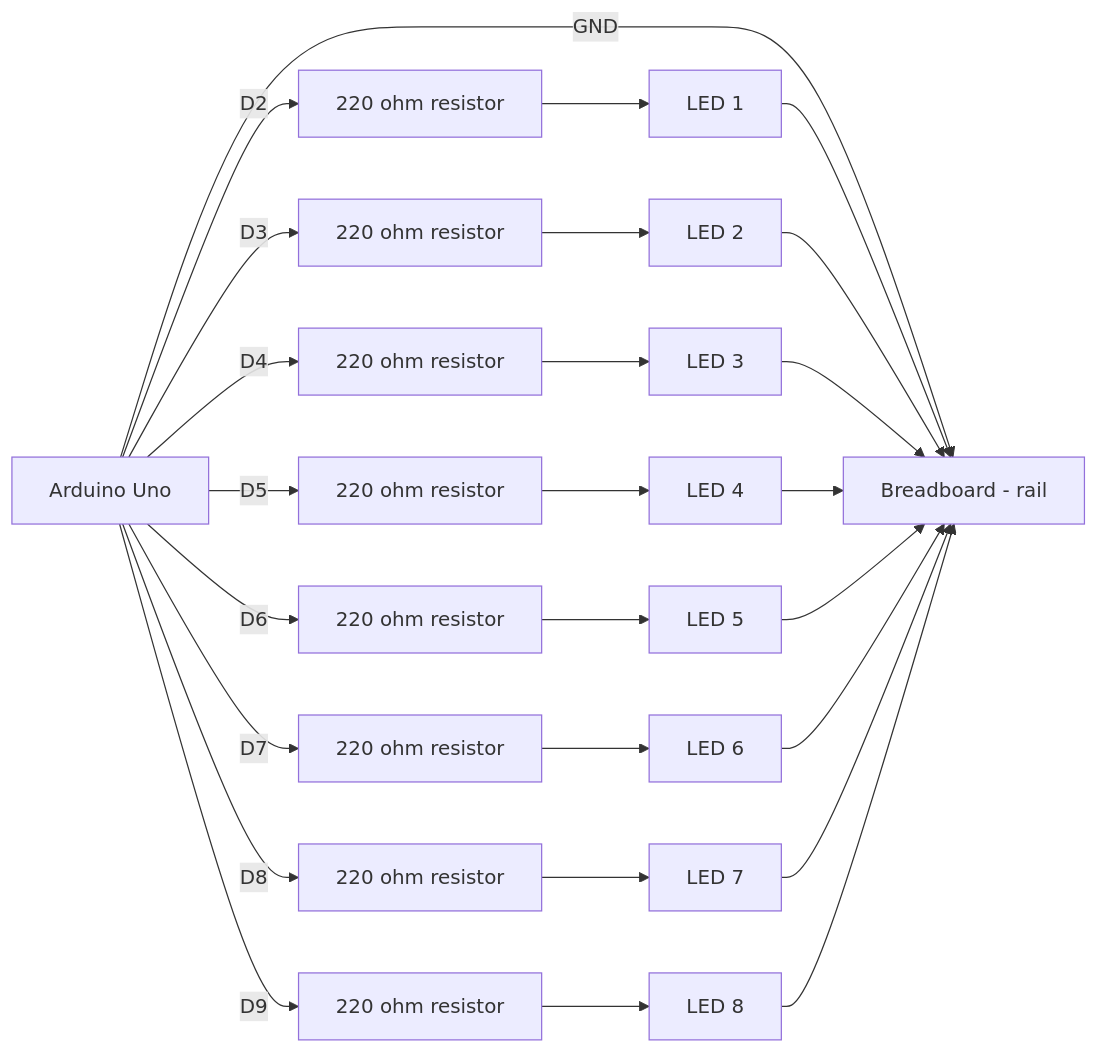
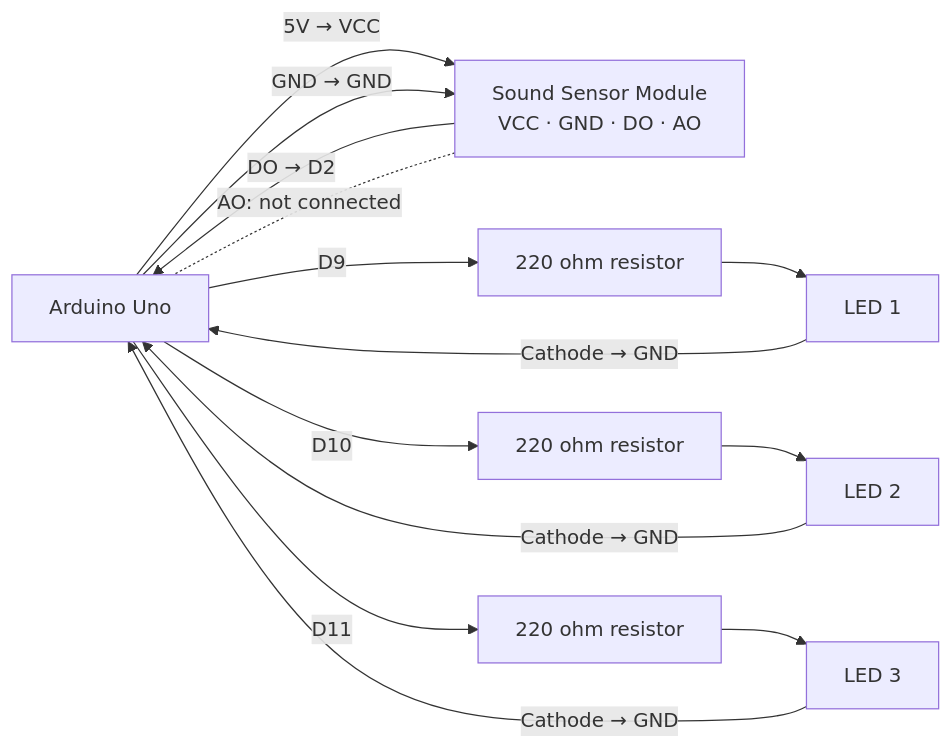
Before and after one commit to Danncode10/Clap_light: the first of 2 diagrams in docs/connections.md, drawn with Mermaid. The commit also changed other lines of this file and 1 other file, not shown here.

Commit message:
Add wiring guide and Arduino sketch for Clap-Activated Lamp Shade functionality

````diff
--- a/docs/connections.md
+++ b/docs/connections.md
@@ -43,31 +41,23 @@
 ```mermaid
 flowchart LR
     Arduino["Arduino Uno"]
-    BreadboardGround["Breadboard - rail"]
+    SoundSensor["Sound Sensor Module<br/>VCC · GND · DO · AO"]
+    LED1["LED 1"]
+    LED2["LED 2"]
+    LED3["LED 3"]
     R1["220 ohm resistor"]
     R2["220 ohm resistor"]
     R3["220 ohm resistor"]
-    R4["220 ohm resistor"]
-    R5["220 ohm resistor"]
-    R6["220 ohm resistor"]
-    R7["220 ohm resistor"]
-    R8["220 ohm resistor"]
-    LED1["LED 1"]
-    LED2["LED 2"]
-    LED3["LED 3"]
-    LED4["LED 4"]
-    LED5["LED 5"]
-    LED6["LED 6"]
-    LED7["LED 7"]
-    LED8["LED 8"]
 
-    Arduino -- "GND" --> BreadboardGround
-    Arduino -- "D2" --> R1 --> LED1 --> BreadboardGround
-    Arduino -- "D3" --> R2 --> LED2 --> BreadboardGround
-    Arduino -- "D4" --> R3 --> LED3 --> BreadboardGround
-    Arduino -- "D5" --> R4 --> LED4 --> BreadboardGround
-    Arduino -- "D6" --> R5 --> LED5 --> BreadboardGround
-    Arduino -- "D7" --> R6 --> LED6 --> BreadboardGround
-    Arduino -- "D8" --> R7 --> LED7 --> BreadboardGround
-    Arduino -- "D9" --> R8 --> LED8 --> BreadboardGround
+    Arduino -- "5V → VCC" --> SoundSensor
+    Arduino -- "GND → GND" --> SoundSensor
+    SoundSensor -- "DO → D2" --> Arduino
+    SoundSensor -. "AO: not connected" .- Arduino
+
+    Arduino -- "D9" --> R1 --> LED1
+    LED1 -- "Cathode → GND" --> Arduino
+    Arduino -- "D10" --> R2 --> LED2
+    LED2 -- "Cathode → GND" --> Arduino
+    Arduino -- "D11" --> R3 --> LED3
+    LED3 -- "Cathode → GND" --> Arduino
 ```
````
